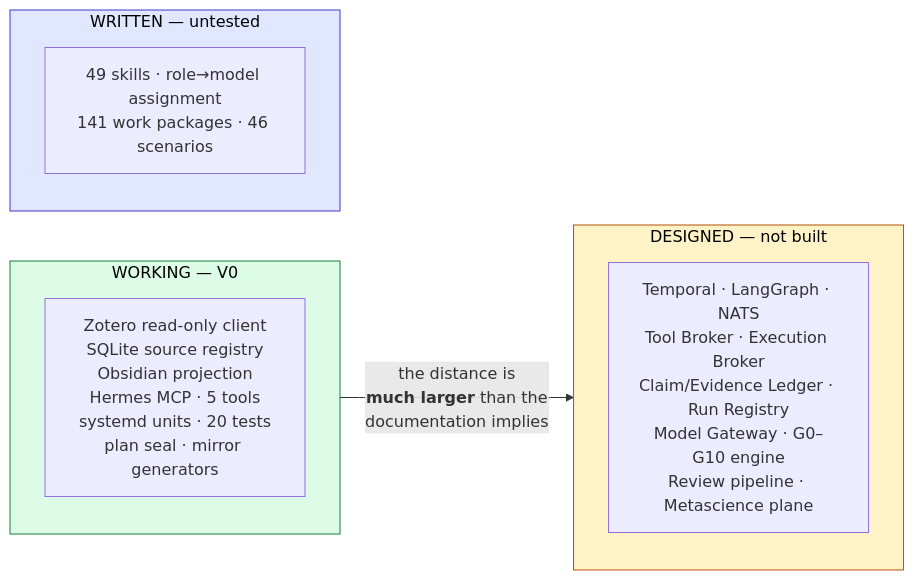
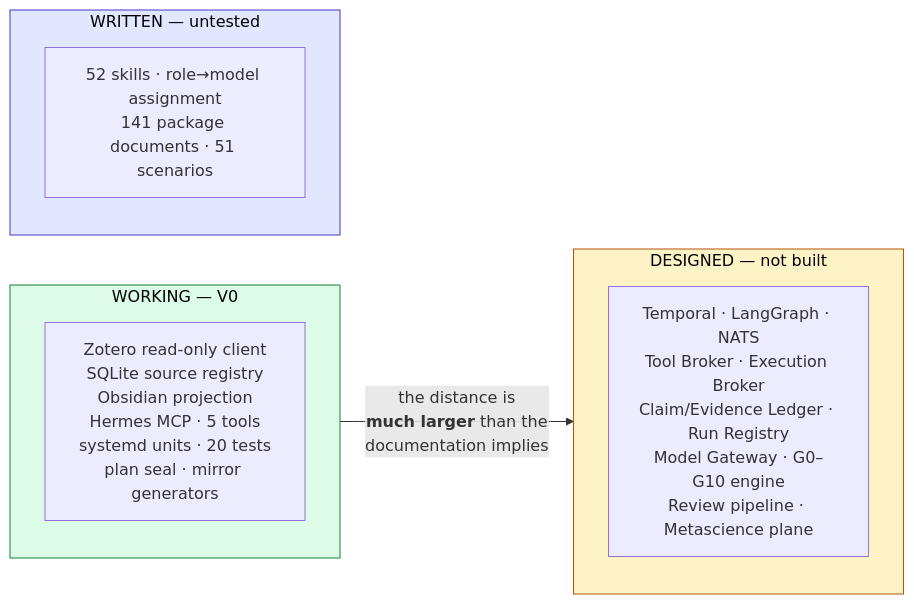
One commit to furkanhanilci/AETHRION changed diagram 20 of 21 in docs/architecture/AIRL_OS_ARCHITECTURE.md. Above: the diagram before and after it, drawn with Mermaid. The commit also changed other lines of this file and 104 other files, not shown here.

````diff
--- a/docs/architecture/AIRL_OS_ARCHITECTURE.md
+++ b/docs/architecture/AIRL_OS_ARCHITECTURE.md
@@ -747,16 +747,16 @@
 ```mermaid
 flowchart LR
     subgraph WORKING["WORKING — V0"]
         W["Zotero read-only client<br/>SQLite source registry<br/>Obsidian projection<br/>Hermes MCP · 5 tools<br/>systemd units · 20 tests<br/>plan seal · mirror generators"]
     end
     subgraph DESIGNED["DESIGNED — not built"]
         D["Temporal · LangGraph · NATS<br/>Tool Broker · Execution Broker<br/>Claim/Evidence Ledger · Run Registry<br/>Model Gateway · G0–G10 engine<br/>Review pipeline · Metascience plane"]
     end
     subgraph WRITTEN["WRITTEN — untested"]
-        S["49 skills · role→model assignment<br/>141 work packages · 46 scenarios"]
+        S["52 skills · role→model assignment<br/>141 package documents · 51 scenarios"]
     end
     WORKING -->|"the distance is<br/><b>much larger</b> than the<br/>documentation implies"| DESIGNED
     style WORKING fill:#dcfce7,stroke:#15803d,color:#000
     style DESIGNED fill:#fef3c7,stroke:#b45309,color:#000
     style WRITTEN fill:#e0e7ff,stroke:#4338ca,color:#000
 ```
````
